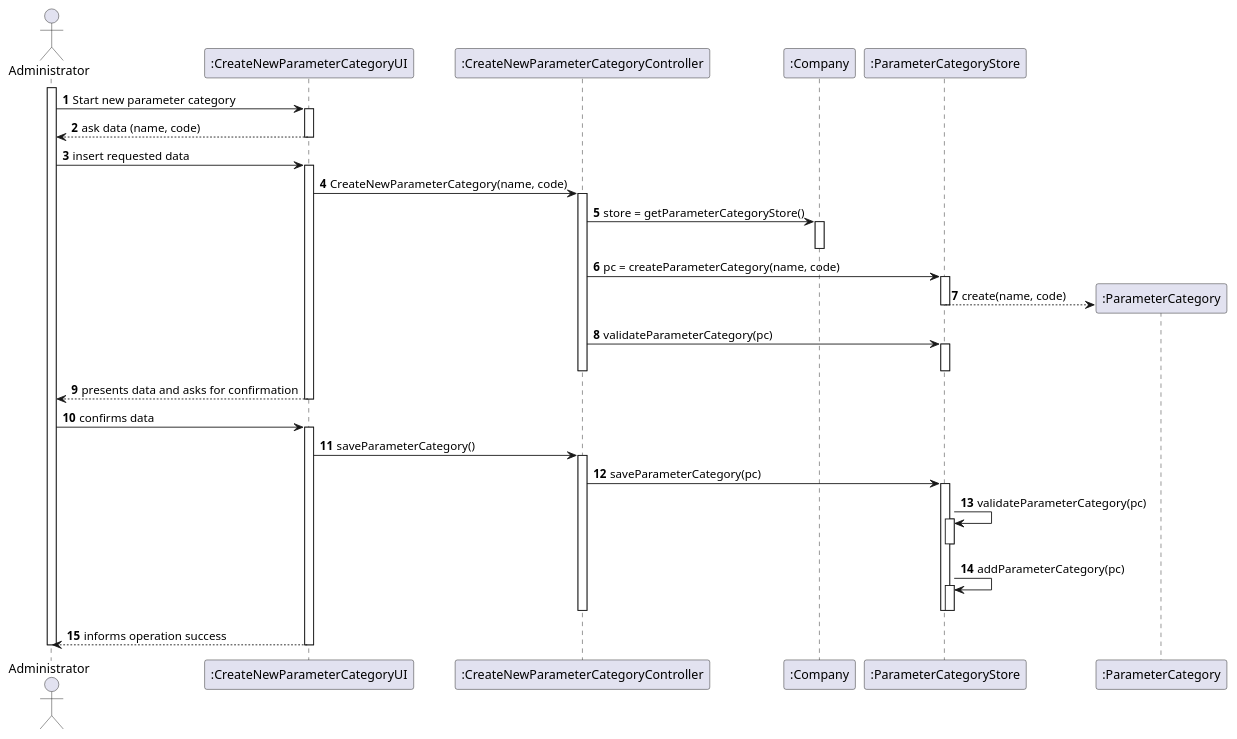
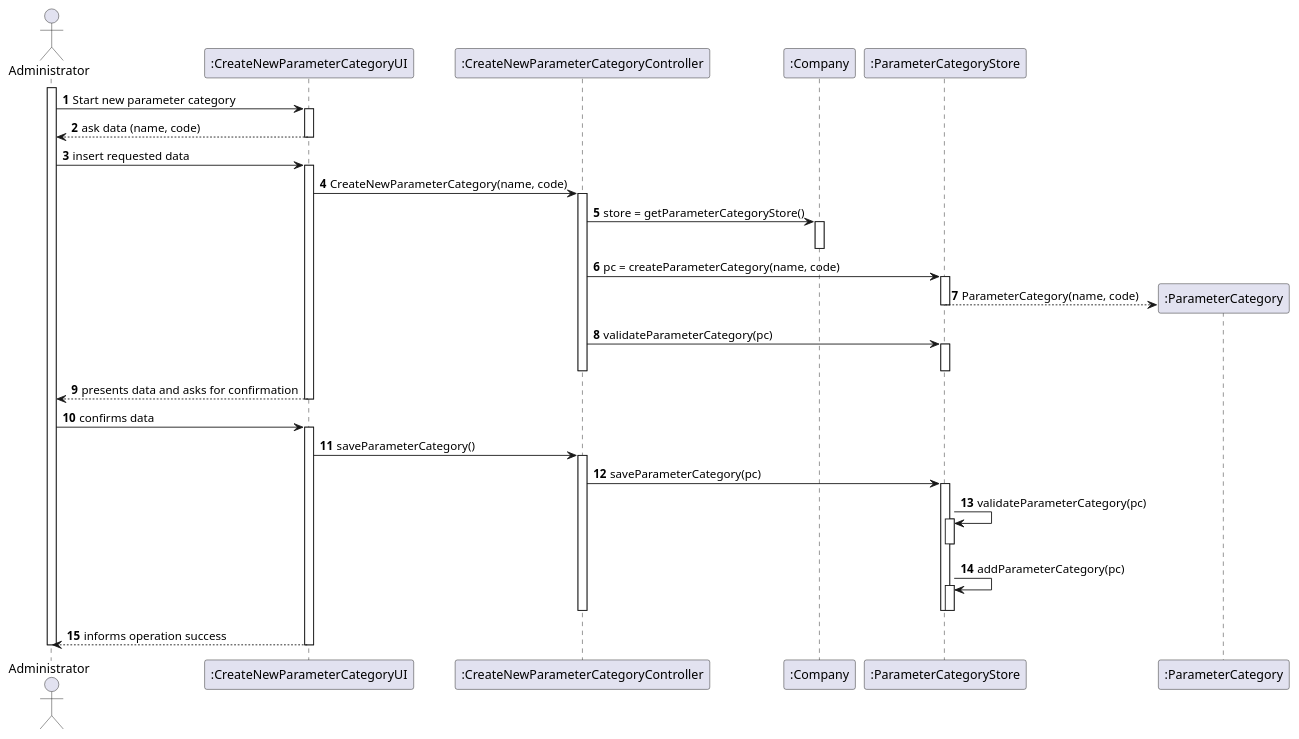
One commit to GuilhermeCunha79/lapr2 changed the diagram in docs/SprintB/US11/UC11_SD.puml. Above: the diagram before and after it, drawn with PlantUML. The commit also changed 26 other files, not shown here.

```diff
--- a/docs/SprintB/US11/UC11_SD.puml
+++ b/docs/SprintB/US11/UC11_SD.puml
@@ -1,53 +1,53 @@
 @startuml
 autonumber
 'hide footbox
 actor "Administrator" as ADMIN
 
 participant ":CreateNewParameterCategoryUI" as UI
 participant ":CreateNewParameterCategoryController" as CTRL
 participant ":Company" as COMP
 participant ":ParameterCategoryStore" as PCS
 participant ":ParameterCategory" as PC
 
 
 activate ADMIN
 ADMIN -> UI : Start new parameter category
 activate UI
 UI --> ADMIN : ask data (name, code)
 deactivate UI
 ADMIN -> UI : insert requested data
 activate UI
     UI -> CTRL : CreateNewParameterCategory(name, code)
     activate CTRL
         CTRL -> COMP : store = getParameterCategoryStore()
         activate COMP
         deactivate COMP
         CTRL -> PCS : pc = createParameterCategory(name, code)
         activate PCS
-            PCS --> PC** : create(name, code)
+            PCS --> PC** : ParameterCategory(name, code)
         deactivate PCS
         CTRL -> PCS : validateParameterCategory(pc)
         activate PCS
         deactivate PCS
     deactivate CTRL
     UI --> ADMIN : presents data and asks for confirmation
 deactivate UI
 ADMIN -> UI : confirms data
 activate UI
     UI -> CTRL : saveParameterCategory()
     activate CTRL
         CTRL -> PCS : saveParameterCategory(pc)
         activate PCS
             PCS -> PCS : validateParameterCategory(pc)
             activate PCS
             deactivate PCS
             PCS -> PCS : addParameterCategory(pc)
             activate PCS
             deactivate PCS
         deactivate PCS
     deactivate CTRL
     UI --> ADMIN : informs operation success
 deactivate UI
 deactivate ADMIN
 
 @enduml
```
